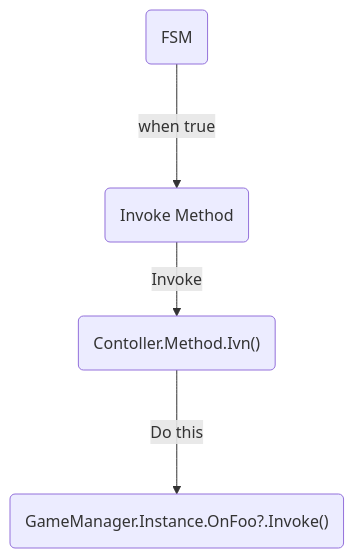
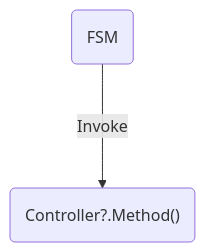
One commit to gsg-jay/snippets changed the diagram in README.md. Above: the diagram before and after it, drawn with Mermaid.

````diff
--- a/README.md
+++ b/README.md
@@ -6,4 +6,4 @@
 ```mermaid
 graph TD;
-f("FSM")--->|when true|i(Invoke Method)-->|Invoke|c("Contoller.Method.Ivn()")--->|Do this|gm("GameManager.Instance.OnFoo?.Invoke()")
+f("FSM")--->|Invoke|c("Controller?.Method()")
 ```
````
